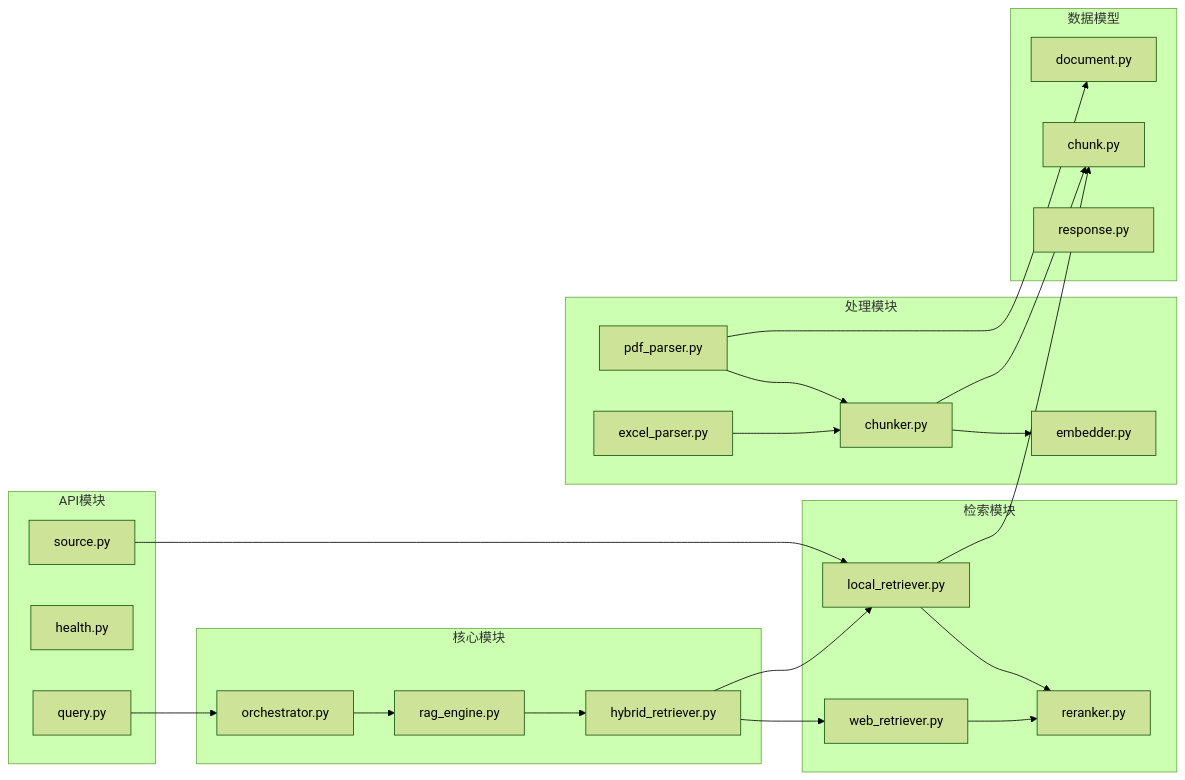
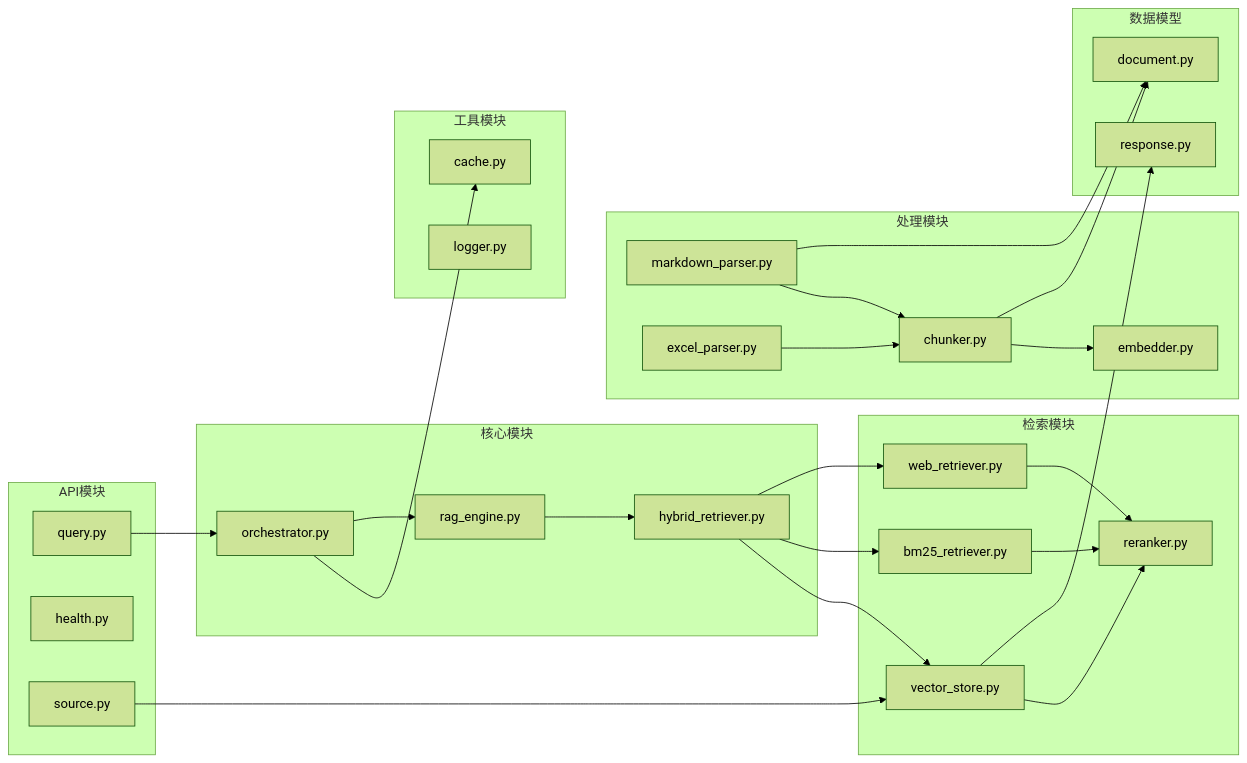
The second of 4 diagrams in docs/工程质检RAG系统/DESIGN_工程质检RAG系统.md (liuxinrongjinmu/ai_rag_Engineering_Quality_Inspection), drawn with Mermaid (forest theme) before and after one commit. The commit also changed other lines of this file and 14 other files, not shown here.

````diff
--- a/docs/工程质检RAG系统/DESIGN_工程质检RAG系统.md
+++ b/docs/工程质检RAG系统/DESIGN_工程质检RAG系统.md
@@ -155,51 +167,59 @@
 ```mermaid
 graph LR
     subgraph API模块
         A1[query.py]
         A2[health.py]
         A3[source.py]
     end
     
     subgraph 核心模块
         C1[orchestrator.py]
         C2[rag_engine.py]
         C3[hybrid_retriever.py]
     end
     
     subgraph 检索模块
-        R1[local_retriever.py]
-        R2[web_retriever.py]
-        R3[reranker.py]
+        R1[vector_store.py]
+        R2[bm25_retriever.py]
+        R3[web_retriever.py]
+        R4[reranker.py]
     end
     
     subgraph 处理模块
-        P1[pdf_parser.py]
+        P1[markdown_parser.py]
         P2[excel_parser.py]
         P3[chunker.py]
         P4[embedder.py]
     end
     
+    subgraph 工具模块
+        U1[cache.py]
+        U2[logger.py]
+    end
+    
     subgraph 数据模型
         M1[document.py]
-        M2[chunk.py]
-        M3[response.py]
+        M2[response.py]
     end
     
     A1 --> C1
     A3 --> R1
     
+    C1 --> U1
     C1 --> C2
     C2 --> C3
     C3 --> R1
     C3 --> R2
-    R1 --> R3
-    R2 --> R3
+    C3 --> R3
+    R1 --> R4
+    R2 --> R4
+    R3 --> R4
     
     P1 --> P3
     P2 --> P3
     P3 --> P4
     
     R1 --> M2
-    P3 --> M2
+    P3 --> M1
     P1 --> M1
 ```
````
